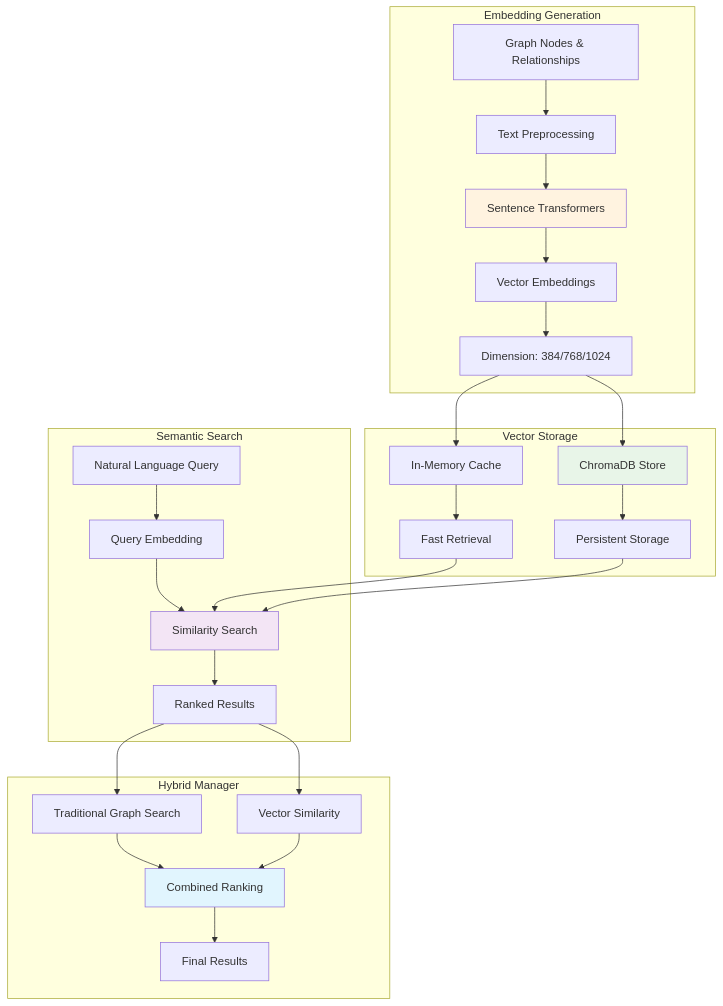
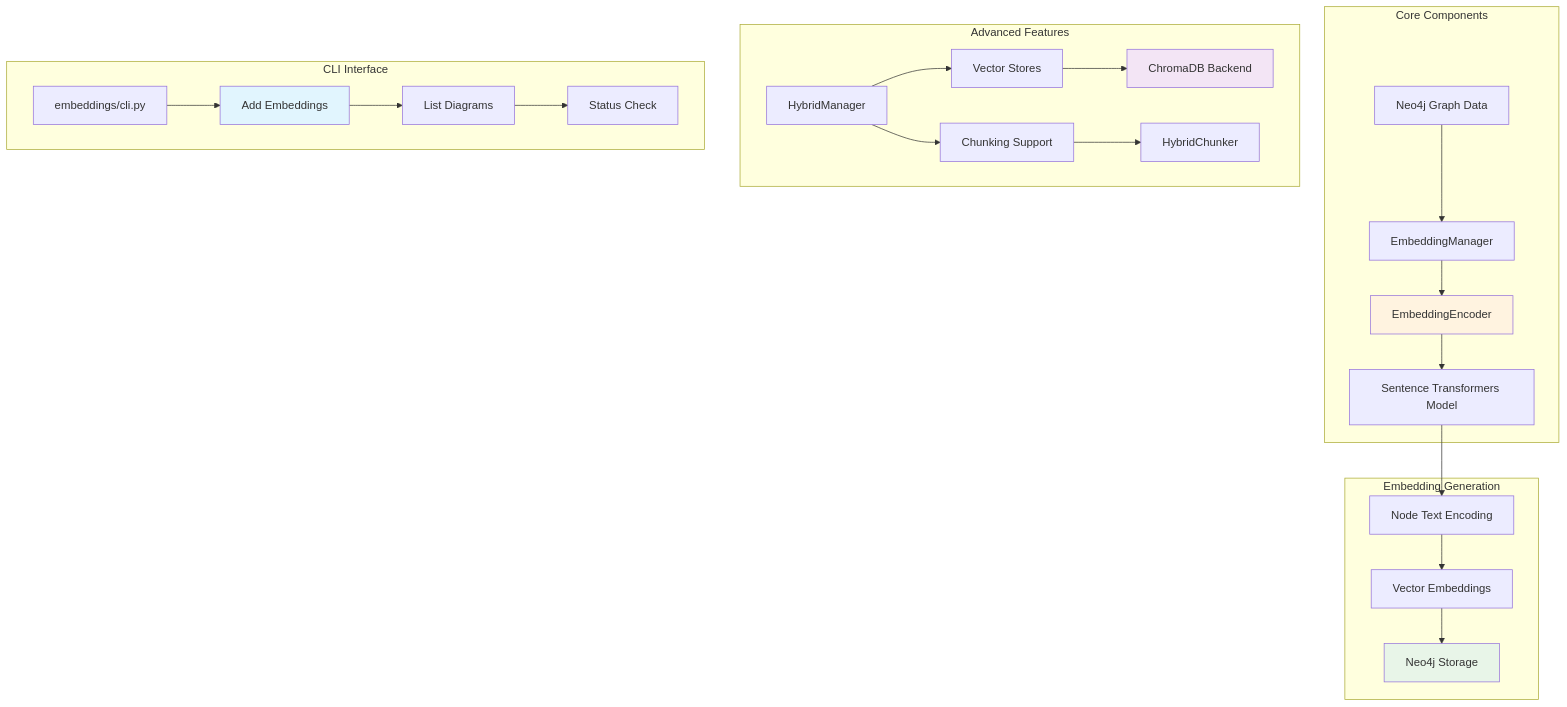
The third of 4 diagrams in README.md (keo571/netbot-v2), drawn with Mermaid before and after one commit. The commit also changed other lines of this file, not shown here.

First line of the commit message:
Update README charts to reflect actual codebase implementation

````diff
--- a/README.md
+++ b/README.md
@@ -162,37 +162,32 @@
 ```mermaid
 graph TB
-    subgraph "Embedding Generation"
-        A2[Graph Nodes & Relationships] --> B2[Text Preprocessing]
-        B2 --> C2[Sentence Transformers]
-        C2 --> D2[Vector Embeddings]
-        D2 --> E2[Dimension: 384/768/1024]
+    subgraph "Core Components"
+        A2[Neo4j Graph Data] --> B2[EmbeddingManager]
+        B2 --> C2[EmbeddingEncoder]
+        C2 --> D2[Sentence Transformers Model]
     end
     
-    subgraph "Vector Storage"
-        E2 --> F2[ChromaDB Store]
-        E2 --> G2[In-Memory Cache]
-        F2 --> H2[Persistent Storage]
-        G2 --> I2[Fast Retrieval]
+    subgraph "Embedding Generation"
+        D2 --> E2[Node Text Encoding]
+        E2 --> F2[Vector Embeddings]
+        F2 --> G2[Neo4j Storage]
     end
     
-    subgraph "Semantic Search"
-        J2[Natural Language Query] --> K2[Query Embedding]
-        K2 --> L2[Similarity Search]
-        I2 --> L2
-        H2 --> L2
-        L2 --> M2[Ranked Results]
+    subgraph "Advanced Features"
+        H2[HybridManager] --> I2[Vector Stores]
+        I2 --> J2[ChromaDB Backend]
+        H2 --> K2[Chunking Support]
+        K2 --> L2[HybridChunker]
     end
     
-    subgraph "Hybrid Manager"
-        M2 --> N2[Traditional Graph Search]
-        M2 --> O2[Vector Similarity]
-        N2 --> P2[Combined Ranking]
-        O2 --> P2
-        P2 --> Q2[Final Results]
+    subgraph "CLI Interface"
+        M2[embeddings/cli.py] --> N2[Add Embeddings]
+        N2 --> O2[List Diagrams]
+        O2 --> P2[Status Check]
     end
     
     style C2 fill:#fff3e0
-    style F2 fill:#e8f5e8
-    style L2 fill:#f3e5f5
-    style P2 fill:#e1f5fe
+    style G2 fill:#e8f5e8
+    style J2 fill:#f3e5f5
+    style N2 fill:#e1f5fe
 ```
````
